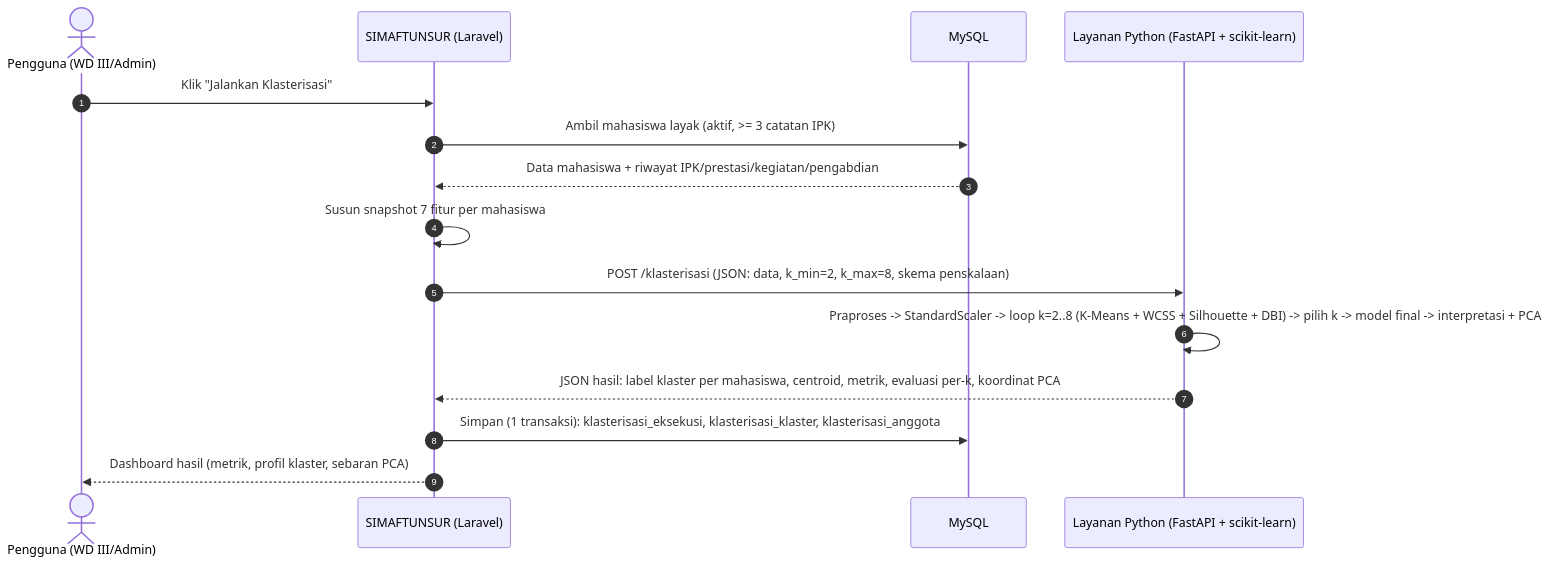
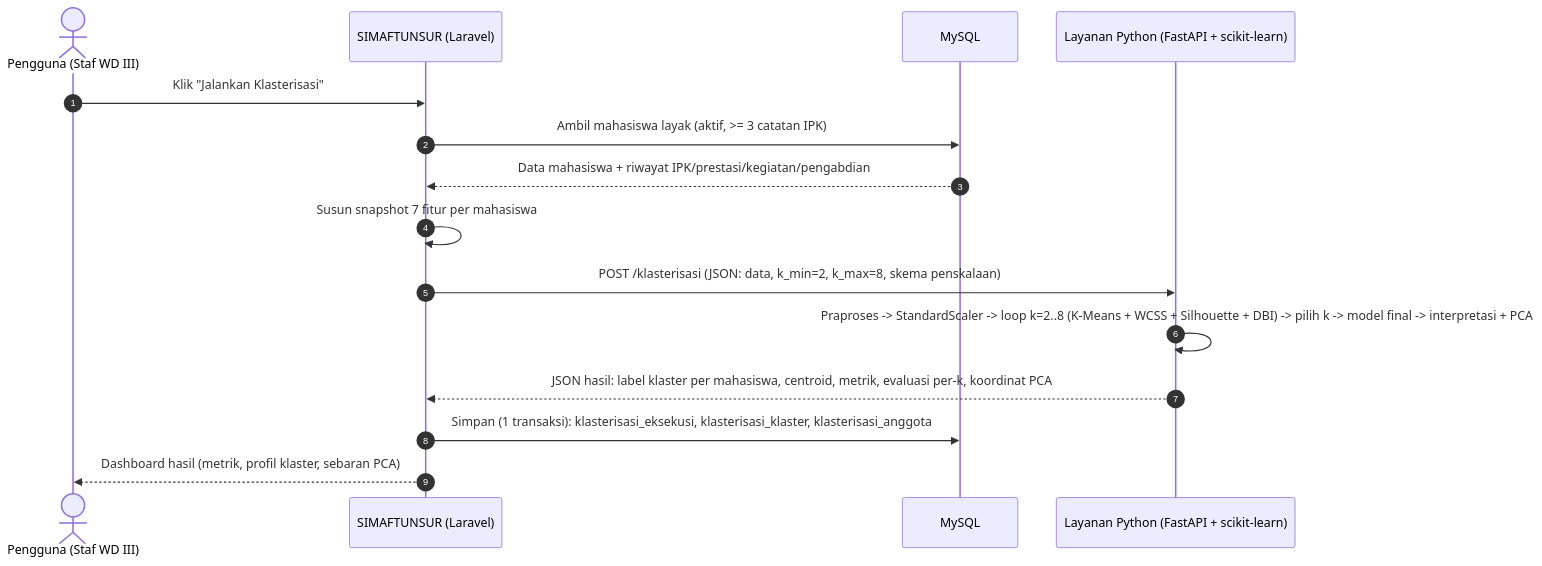
One commit to bagaskarawg/simaftunsur changed the diagram in docs/bab2-scikit-learn-integrasi.md. Above: the diagram before and after it, drawn with Mermaid. The commit also changed 137 other files, not shown here.

First line of the commit message:
docs: diagram VP (UC/AD/Class/Sequence/ERD), flowchart algoritma, wireframe & daftar simbol

````diff
--- a/docs/bab2-scikit-learn-integrasi.md
+++ b/docs/bab2-scikit-learn-integrasi.md
@@ -264,19 +264,19 @@
 ```mermaid
 %%{init: {'theme': 'default'}}%%
 sequenceDiagram
     autonumber
-    actor P as Pengguna (WD III/Admin)
+    actor P as Pengguna (Staf WD III)
     participant L as SIMAFTUNSUR (Laravel)
     participant DB as MySQL
     participant ML as Layanan Python (FastAPI + scikit-learn)
 
     P->>L: Klik "Jalankan Klasterisasi"
     L->>DB: Ambil mahasiswa layak (aktif, >= 3 catatan IPK)
     DB-->>L: Data mahasiswa + riwayat IPK/prestasi/kegiatan/pengabdian
     L->>L: Susun snapshot 7 fitur per mahasiswa
     L->>ML: POST /klasterisasi (JSON: data, k_min=2, k_max=8, skema penskalaan)
     ML->>ML: Praproses -> StandardScaler -> loop k=2..8 (K-Means + WCSS + Silhouette + DBI) -> pilih k -> model final -> interpretasi + PCA
     ML-->>L: JSON hasil: label klaster per mahasiswa, centroid, metrik, evaluasi per-k, koordinat PCA
     L->>DB: Simpan (1 transaksi): klasterisasi_eksekusi, klasterisasi_klaster, klasterisasi_anggota
     L-->>P: Dashboard hasil (metrik, profil klaster, sebaran PCA)
 ```
````
